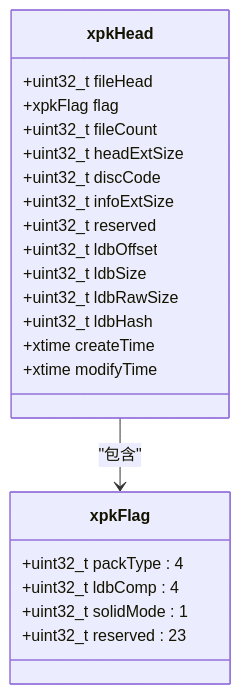
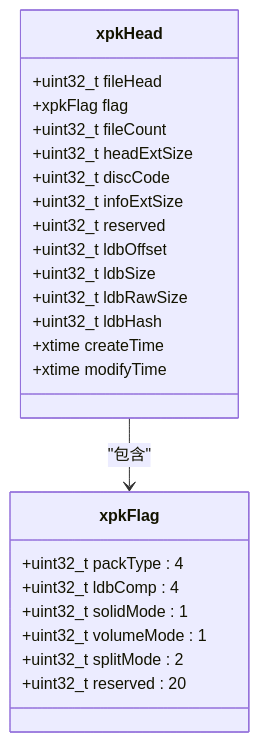
One commit to xywhsoft/xpack changed the second of 8 diagrams in .qoder/repowiki/zh/content/API参考手册/核心API函数.md. Above: the diagram before and after it, drawn with Mermaid. The commit also changed other lines of this file and 42 other files, not shown here.

````diff
--- a/.qoder/repowiki/zh/content/API参考手册/核心API函数.md
+++ b/.qoder/repowiki/zh/content/API参考手册/核心API函数.md
@@ -98,25 +108,27 @@
 ```mermaid
 classDiagram
 class xpkHead {
 +uint32_t fileHead
 +xpkFlag flag
 +uint32_t fileCount
 +uint32_t headExtSize
 +uint32_t discCode
 +uint32_t infoExtSize
 +uint32_t reserved
 +uint32_t ldbOffset
 +uint32_t ldbSize
 +uint32_t ldbRawSize
 +uint32_t ldbHash
 +xtime createTime
 +xtime modifyTime
 }
 class xpkFlag {
 +uint32_t packType : 4
 +uint32_t ldbComp : 4
 +uint32_t solidMode : 1
-+uint32_t reserved : 23
++uint32_t volumeMode : 1
++uint32_t splitMode : 2
++uint32_t reserved : 20
 }
 xpkHead --> xpkFlag : "包含"
 ```
````
